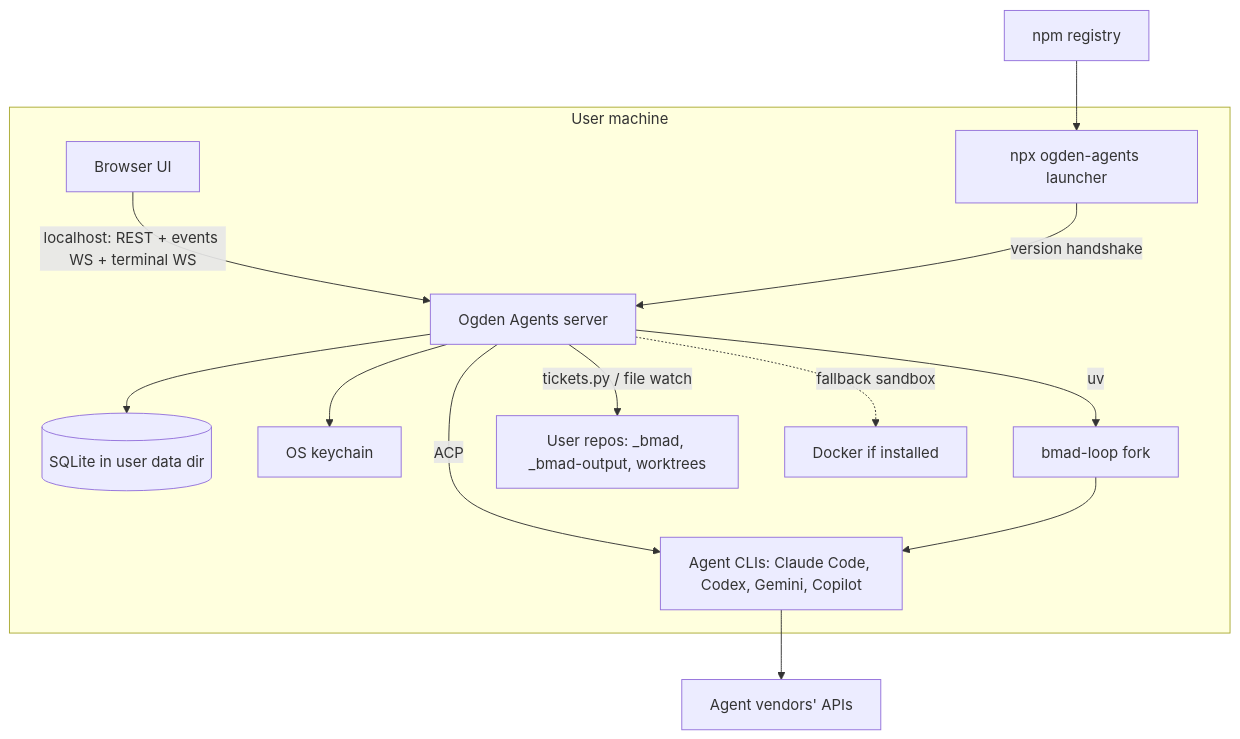
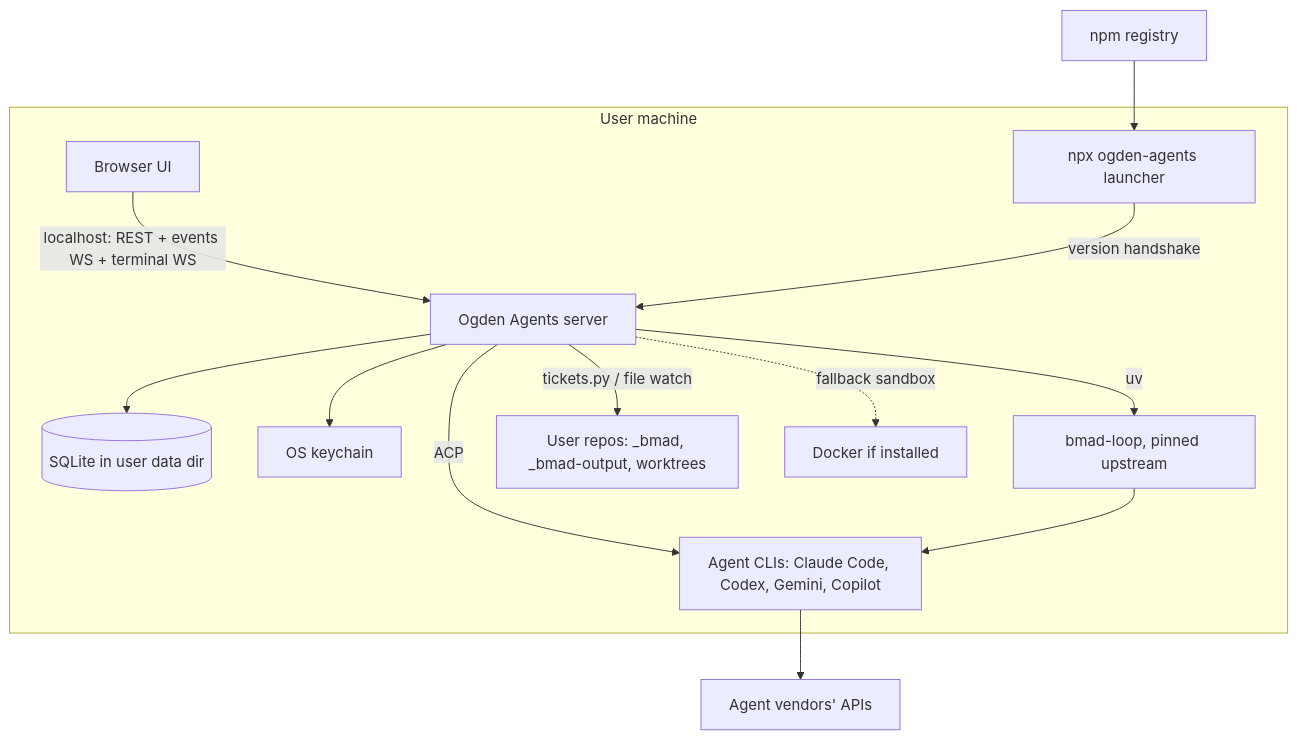
Before and after one commit to hsmith-dev/ogden-agents: the second of 3 diagrams in _bmad-output/initiative-ogden-agents/architecture-ogden-agents/architecture-ogden-agents.md, drawn with Mermaid. The commit also changed other lines of this file and 7 other files, not shown here.

First line of the commit message:
docs(planning): story 4.14 pinned upstream BMad, verified; amend AD-12, AD-13, AD-14 and bmad-integration.md

````diff
--- a/_bmad-output/initiative-ogden-agents/architecture-ogden-agents/architecture-ogden-agents.md
+++ b/_bmad-output/initiative-ogden-agents/architecture-ogden-agents/architecture-ogden-agents.md
@@ -313,15 +316,15 @@
 ```mermaid
 graph TB
   subgraph Machine["User machine"]
     B[Browser UI] -- "localhost: REST + events WS + terminal WS" --> S[Ogden Agents server]
     L[npx ogden-agents launcher] -- version handshake --> S
     S --> DB[(SQLite in user data dir)]
     S --> K[OS keychain]
     S -- ACP --> A[Agent CLIs: Claude Code, Codex, Gemini, Copilot]
-    S -- uv --> BL[bmad-loop fork] --> A
+    S -- uv --> BL[bmad-loop, pinned upstream] --> A
     S -- tickets.py / file watch --> R[User repos: _bmad, _bmad-output, worktrees]
     S -. fallback sandbox .-> D[Docker if installed]
   end
   A --> V[Agent vendors' APIs]
   NPM[npm registry] --> L
 ```
````
